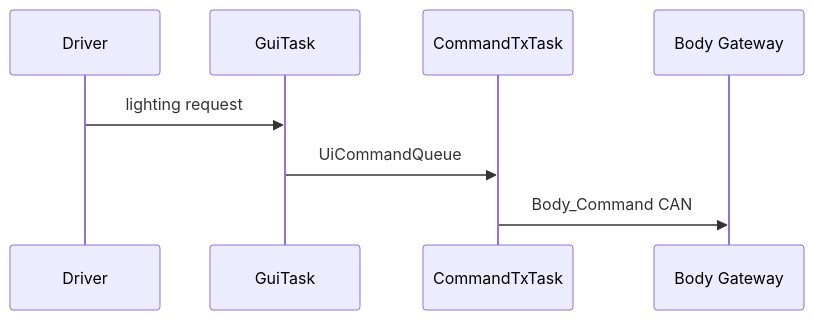
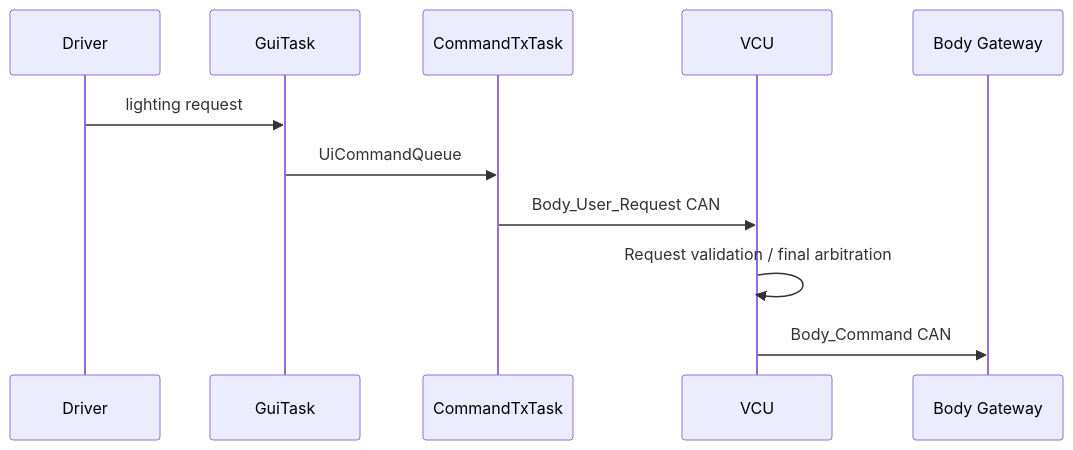
One commit to sunmaan22/SDV_MCU_Project changed the fourth of 6 diagrams in docs/ecus/IVI/ARCHITECTURE.md. Above: the diagram before and after it, drawn with Mermaid. The commit also changed other lines of this file, not shown here.

Commit message:
docs(ivi): align lighting request routing with final implementation contract

````diff
--- a/docs/ecus/IVI/ARCHITECTURE.md
+++ b/docs/ecus/IVI/ARCHITECTURE.md
@@ -301,10 +305,13 @@
 ```mermaid
 sequenceDiagram
     participant DRIVER as Driver
     participant GUI as GuiTask
     participant TX as CommandTxTask
+    participant VCU as VCU
     participant GW as Body Gateway
     DRIVER->>GUI: lighting request
     GUI->>TX: UiCommandQueue
-    TX->>GW: Body_Command CAN
+    TX->>VCU: Body_User_Request CAN
+    VCU->>VCU: Request validation / final arbitration
+    VCU->>GW: Body_Command CAN
 ```
````
